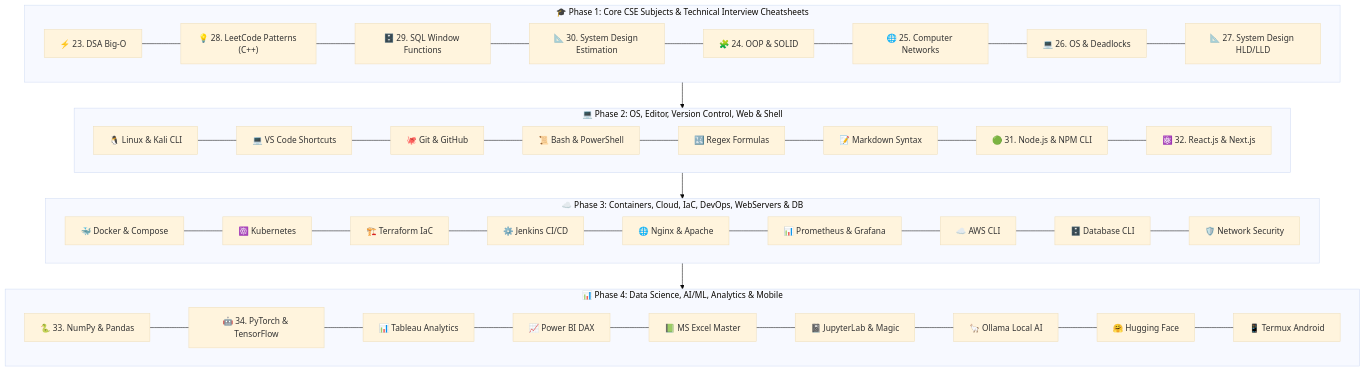
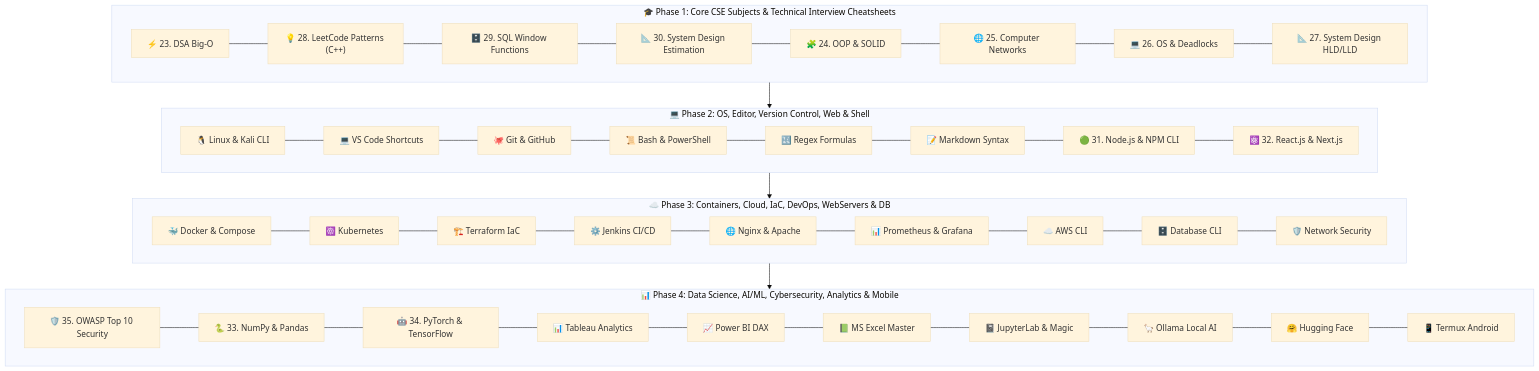
One commit to techindro/Penetration-testing-toolkit changed the diagram in README.md. Above: the diagram before and after it, drawn with Mermaid (base theme). The commit also changed other lines of this file and 1 other file, not shown here.

Commit message:
feat: expand BugFix FM to 35 Master Modules including OWASP Top 10 Security Vulnerabilities & Remediation Cheatsheet

````diff
--- a/README.md
+++ b/README.md
@@ -36,20 +37,20 @@
 ```mermaid
 graph TD
     subgraph Phase1["🎓 Phase 1: Core CSE Subjects & Technical Interview Cheatsheets"]
         A1["⚡ 23. DSA Big-O"] --- A2["💡 28. LeetCode Patterns (C++)"] --- A3["🗄️ 29. SQL Window Functions"] --- A4["📐 30. System Design Estimation"] --- A5["🧩 24. OOP & SOLID"] --- A6["🌐 25. Computer Networks"] --- A7["💻 26. OS & Deadlocks"] --- A8["📐 27. System Design HLD/LLD"]
     end
 
     subgraph Phase2["💻 Phase 2: OS, Editor, Version Control, Web & Shell"]
         B1["🐧 Linux & Kali CLI"] --- B2["💻 VS Code Shortcuts"] --- B3["🐙 Git & GitHub"] --- B4["📜 Bash & PowerShell"] --- B5["🔣 Regex Formulas"] --- B6["📝 Markdown Syntax"] --- B7["🟢 31. Node.js & NPM CLI"] --- B8["⚛️ 32. React.js & Next.js"]
     end
 
     subgraph Phase3["☁️ Phase 3: Containers, Cloud, IaC, DevOps, WebServers & DB"]
         C1["🐳 Docker & Compose"] --- C2["☸️ Kubernetes"] --- C3["🏗️ Terraform IaC"] --- C4["⚙️ Jenkins CI/CD"] --- C5["🌐 Nginx & Apache"] --- C6["📊 Prometheus & Grafana"] --- C7["☁️ AWS CLI"] --- C8["🗄️ Database CLI"] --- C9["🛡️ Network Security"]
     end
 
-    subgraph Phase4["📊 Phase 4: Data Science, AI/ML, Analytics & Mobile"]
-        D1["🐍 33. NumPy & Pandas"] --- D2["🤖 34. PyTorch & TensorFlow"] --- D3["📊 Tableau Analytics"] --- D4["📈 Power BI DAX"] --- D5["📗 MS Excel Master"] --- D6["📓 JupyterLab & Magic"] --- D7["🦙 Ollama Local AI"] --- D8["🤗 Hugging Face"] --- D9["📱 Termux Android"]
+    subgraph Phase4["📊 Phase 4: Data Science, AI/ML, Cybersecurity, Analytics & Mobile"]
+        D1["🛡️ 35. OWASP Top 10 Security"] --- D2["🐍 33. NumPy & Pandas"] --- D3["🤖 34. PyTorch & TensorFlow"] --- D4["📊 Tableau Analytics"] --- D5["📈 Power BI DAX"] --- D6["📗 MS Excel Master"] --- D7["📓 JupyterLab & Magic"] --- D8["🦙 Ollama Local AI"] --- D9["🤗 Hugging Face"] --- D10["📱 Termux Android"]
     end
 
     Phase1 --> Phase2 --> Phase3 --> Phase4
 ```
````
